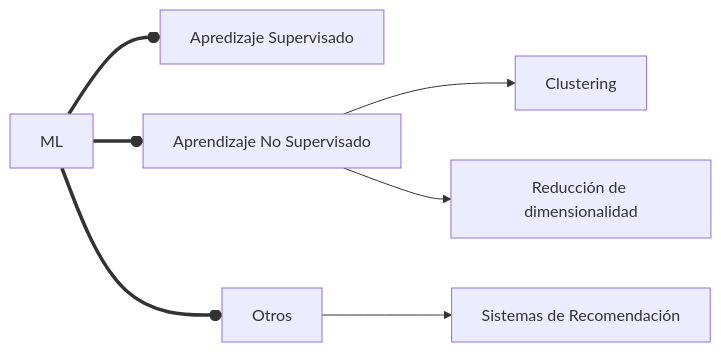
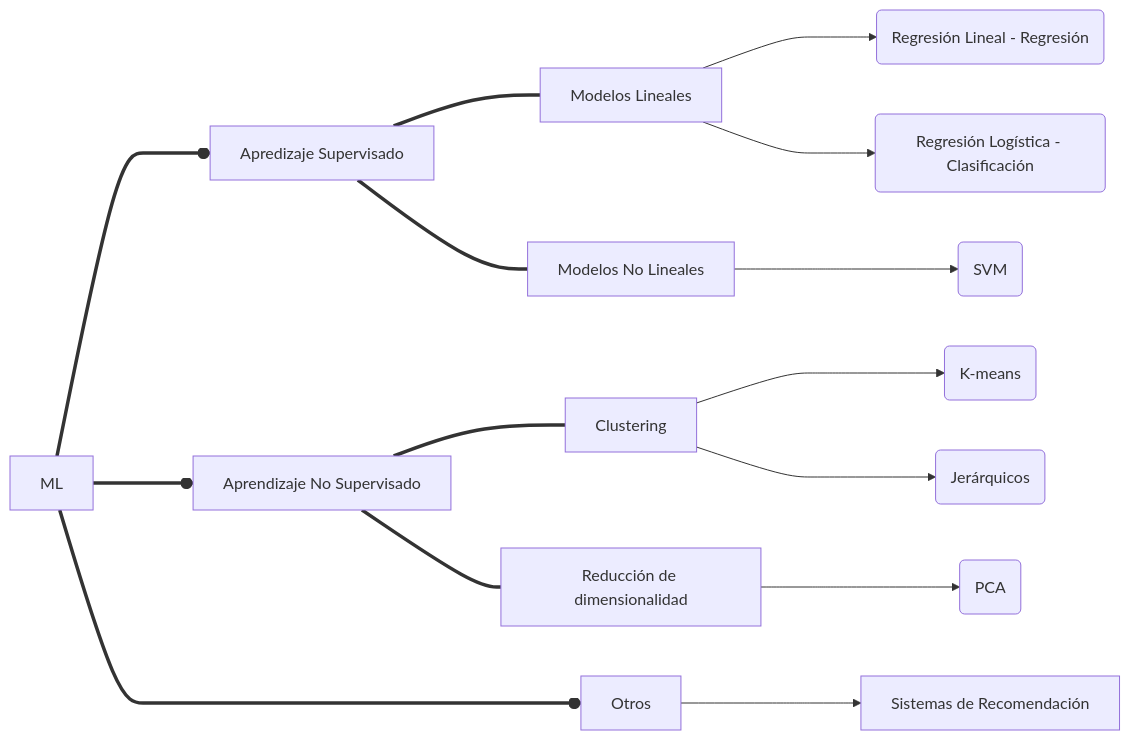
The second of 2 diagrams in 3. ANÁLISIS Y APRENDIZAJE AUTOMÁTICO/3. Machine Learning/1.0 DataScience_&_ML.md (alozk/Master-Big-Data-Analytics), drawn with Mermaid before and after one commit.

Commit message:
Update 1.0 DataScience_&_ML.md

````diff
--- a/3. ANÁLISIS Y APRENDIZAJE AUTOMÁTICO/3. Machine Learning/1.0 DataScience_&_ML.md
+++ b/3. ANÁLISIS Y APRENDIZAJE AUTOMÁTICO/3. Machine Learning/1.0 DataScience_&_ML.md
@@ -73,9 +73,17 @@
 ```mermaid
 flowchart LR
-a[ML] ==o b[Apredizaje Supervisado];
-a[ML] ==o c[Apredizaje No Supervisado];
-c[Aprendizaje No Supervisado] --> d[Clustering];
-c[Aprendizaje No Supervisado] --> e[Reducción de dimensionalidad];
-a[ML] ==o f[Otros];
-f[Otros] --> g[Sistemas de Recomendación];
+a[ML] ===o b[Apredizaje Supervisado];
+a[ML] ===o c[Apredizaje No Supervisado];
+c[Aprendizaje No Supervisado] === d[Clustering];
+c[Aprendizaje No Supervisado] === e[Reducción de dimensionalidad];
+a[ML] ====o f[Otros];
+f[Otros] ---> g[Sistemas de Recomendación];
+b[Apredizaje Supervisado] === h[Modelos Lineales]
+b[Apredizaje Supervisado] === i[Modelos No Lineales]
+h[Modelos Lineales] ---> j(Regresión Lineal - Regresión)
+h[Modelos Lineales] ---> k(Regresión Logística - Clasificación)
+i[Modelos No Lineales] ---> l(SVM)
+d[Clustering] ---> m(K-means)
+d[Clustering] ---> n(Jerárquicos)
+e[Reducción de dimensionalidad] ---> o(PCA)
 ```
````
